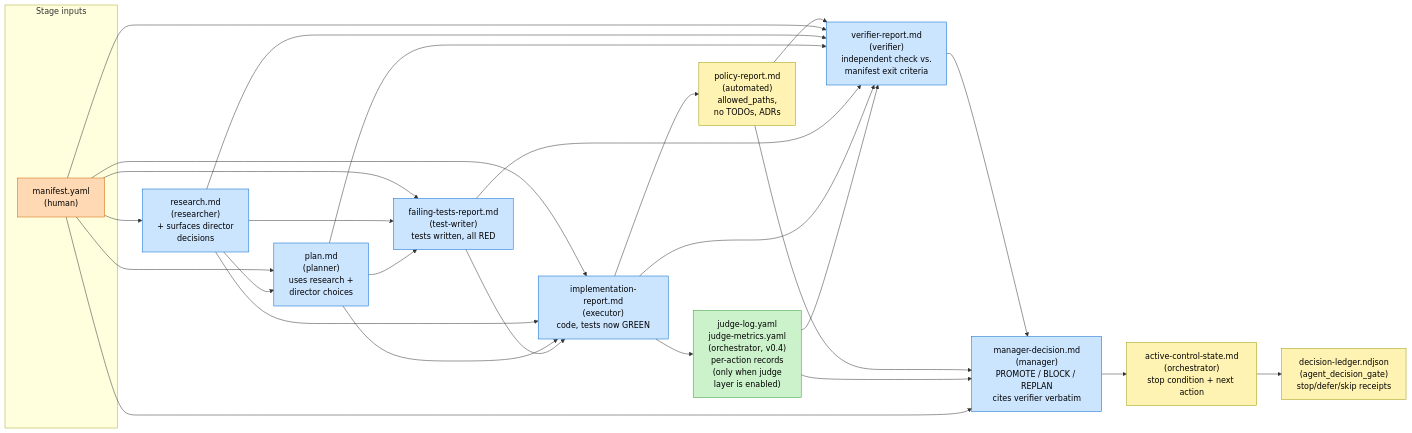
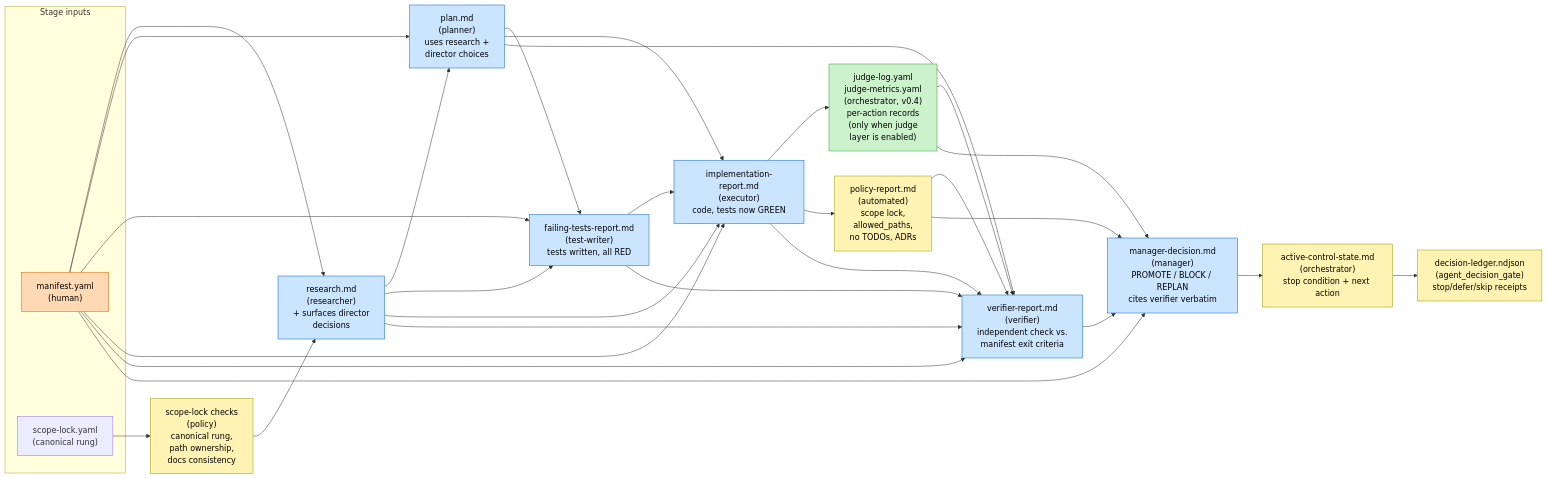
Before and after one commit to scottconverse/agent-pipeline-codex: the third of 11 diagrams in skills/agent-pipeline/references/ARCHITECTURE.md, drawn with Mermaid. The commit also changed other lines of this file and 51 other files, not shown here.

Commit message:
fix: add canonical rung scope lock gates

````diff
--- a/skills/agent-pipeline/references/ARCHITECTURE.md
+++ b/skills/agent-pipeline/references/ARCHITECTURE.md
@@ -114,42 +114,45 @@
 ```mermaid
 flowchart LR
     subgraph Inputs["Stage inputs"]
         I0["manifest.yaml<br/>(human)"]
+        I1["scope-lock.yaml<br/>(canonical rung)"]
     end
 
+    I1 --> SL["scope-lock checks<br/>(policy)<br/>canonical rung,<br/>path ownership,<br/>docs consistency"]
     I0 --> R["research.md<br/>(researcher)<br/>+ surfaces director<br/>decisions"]
+    SL --> R
     I0 --> P["plan.md<br/>(planner)<br/>uses research +<br/>director choices"]
     R --> P
     I0 --> TW["failing-tests-report.md<br/>(test-writer)<br/>tests written, all RED"]
     R --> TW
     P --> TW
     I0 --> E["implementation-report.md<br/>(executor)<br/>code, tests now GREEN"]
     R --> E
     P --> E
     TW --> E
     E --> JL["judge-log.yaml<br/>judge-metrics.yaml<br/>(orchestrator, v0.4)<br/>per-action records<br/>(only when judge<br/>layer is enabled)"]
-    E --> POL["policy-report.md<br/>(automated)<br/>allowed_paths,<br/>no TODOs, ADRs"]
+    E --> POL["policy-report.md<br/>(automated)<br/>scope lock,<br/>allowed_paths,<br/>no TODOs, ADRs"]
     POL --> V["verifier-report.md<br/>(verifier)<br/>independent check vs.<br/>manifest exit criteria"]
     I0 --> V
     R --> V
     P --> V
     TW --> V
     E --> V
     JL --> V
     V --> MGR["manager-decision.md<br/>(manager)<br/>PROMOTE / BLOCK / REPLAN<br/>cites verifier verbatim"]
     POL --> MGR
     JL --> MGR
     I0 --> MGR
     MGR --> ACS["active-control-state.md<br/>(orchestrator)<br/>stop condition + next action"]
     ACS --> DG["decision-ledger.ndjson<br/>(agent_decision_gate)<br/>stop/defer/skip receipts"]
 
     classDef human fill:#ffd9b3,stroke:#cc6600,color:#000
     classDef agent fill:#cce5ff,stroke:#0066cc,color:#000
     classDef policy fill:#fff3b3,stroke:#999900,color:#000
     classDef judge fill:#ccf2cc,stroke:#339933,color:#000
     class I0 human
     class R,P,TW,E,V,MGR agent
-    class POL policy
+    class SL,POL policy
     class JL judge
     class ACS,DG policy
 ```
````
